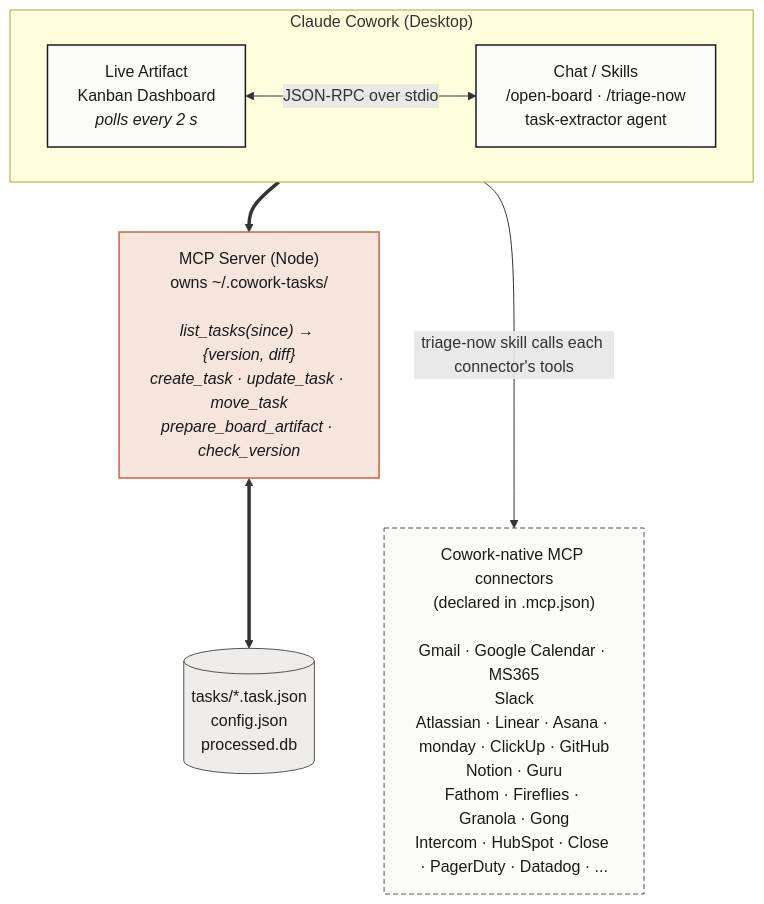
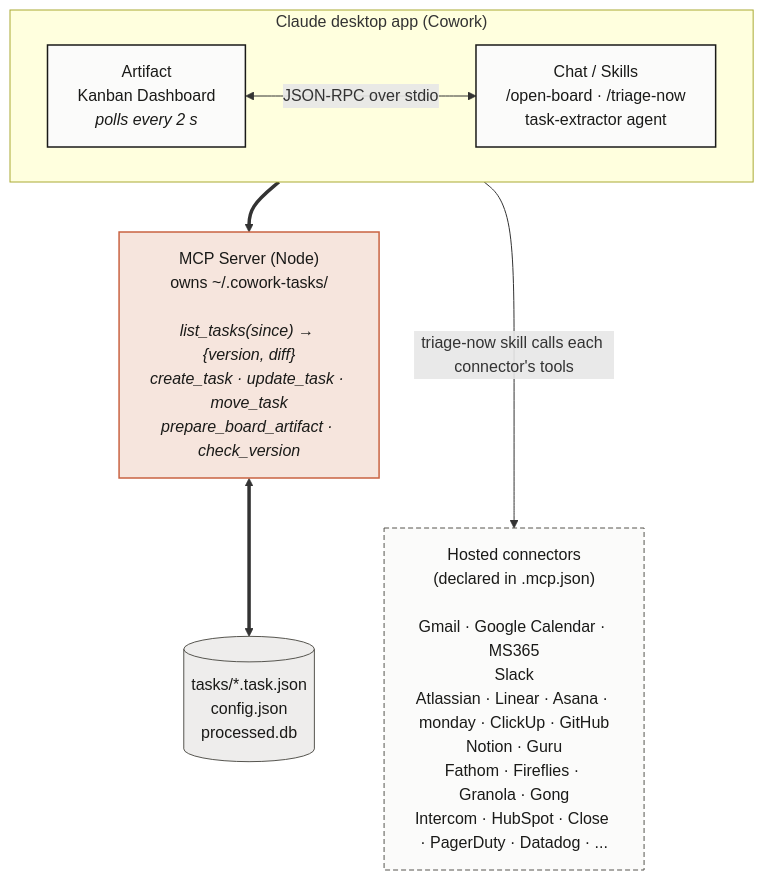
One commit to sabbah13/cowork-tasks changed the diagram in README.md. Above: the diagram before and after it, drawn with Mermaid. The commit also changed other lines of this file and 38 other files, not shown here.

````diff
--- a/README.md
+++ b/README.md
@@ -130,28 +131,28 @@
 ```mermaid
 flowchart TB
-    subgraph Cowork["Claude Cowork (Desktop)"]
-        Artifact["Live Artifact<br/>Kanban Dashboard<br/><i>polls every 2 s</i>"]
+    subgraph Cowork["Claude desktop app (Cowork)"]
+        Artifact["Artifact<br/>Kanban Dashboard<br/><i>polls every 2 s</i>"]
         Skills["Chat / Skills<br/>/open-board · /triage-now<br/>task-extractor agent"]
         Artifact <-->|JSON-RPC over stdio| Skills
     end
 
     MCP["MCP Server (Node)<br/>owns ~/.cowork-tasks/<br/><br/><i>list_tasks(since) → {version, diff}</i><br/><i>create_task · update_task · move_task</i><br/><i>prepare_board_artifact · check_version</i>"]
 
     Disk[("tasks/*.task.json<br/>config.json<br/>processed.db")]
 
-    Connectors["Cowork-native MCP connectors<br/>(declared in .mcp.json)<br/><br/>Gmail · Google Calendar · MS365<br/>Slack<br/>Atlassian · Linear · Asana · monday · ClickUp · GitHub<br/>Notion · Guru<br/>Fathom · Fireflies · Granola · Gong<br/>Intercom · HubSpot · Close · PagerDuty · Datadog · ..."]
+    Connectors["Hosted connectors<br/>(declared in .mcp.json)<br/><br/>Gmail · Google Calendar · MS365<br/>Slack<br/>Atlassian · Linear · Asana · monday · ClickUp · GitHub<br/>Notion · Guru<br/>Fathom · Fireflies · Granola · Gong<br/>Intercom · HubSpot · Close · PagerDuty · Datadog · ..."]
 
     Cowork ==> MCP
     MCP <==> Disk
     Cowork <-.triage-now skill calls each connector's tools.- Connectors
 
     classDef cowork fill:#fbfbfa,stroke:#1a1a18,stroke-width:1.5px,color:#1a1a18;
     classDef accent fill:#f6e5dd,stroke:#c96342,stroke-width:1.5px,color:#1a1a18;
     classDef disk fill:#eeedec,stroke:#56554f,stroke-width:1px,color:#1a1a18;
     classDef ext fill:#fbfbfa,stroke:#56554f,stroke-width:1px,stroke-dasharray:5 3,color:#1a1a18;
 
     class Artifact,Skills cowork;
     class MCP accent;
     class Disk disk;
     class Connectors ext;
 ```
````
